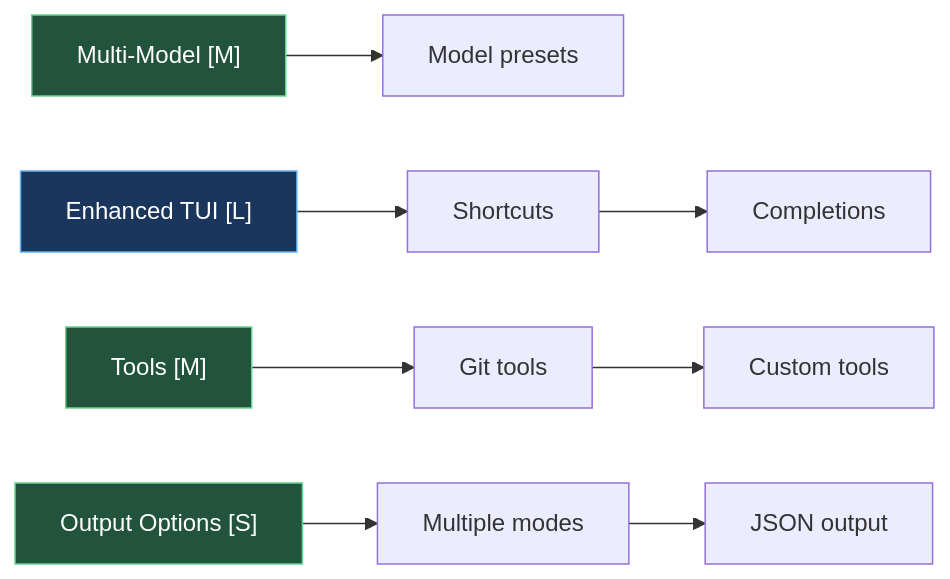
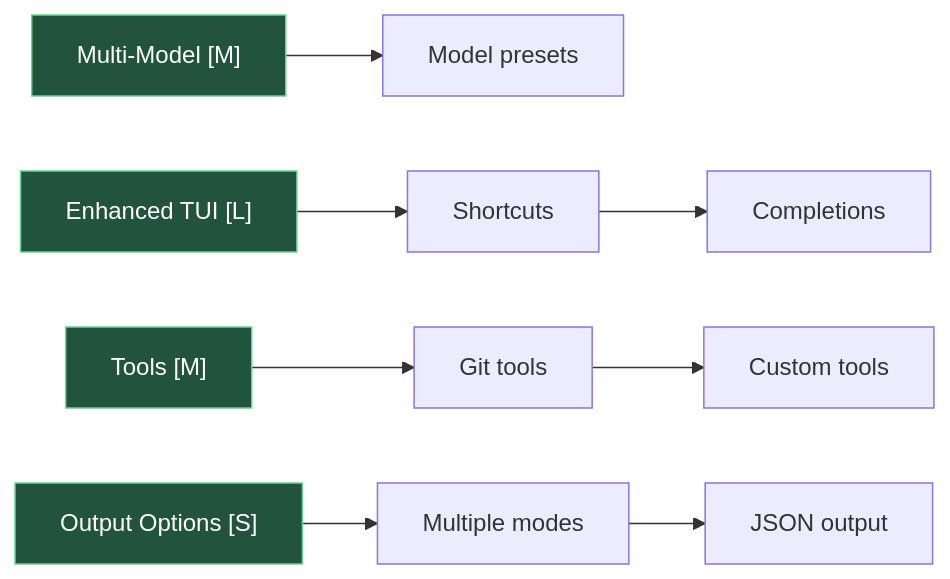
One commit to Miguel-EpicJS/ash-cli changed the fourth of 8 diagrams in ROADMAP.md. Above: the diagram before and after it, drawn with Mermaid. The commit also changed other lines of this file, not shown here.

Commit message:
docs: finalize roadmap for v1.0.0-rc1

````diff
--- a/ROADMAP.md
+++ b/ROADMAP.md
@@ -158,18 +158,18 @@
 ```mermaid
 flowchart LR
     A0["Multi-Model [M]"] --> A1[Model presets]
     
     B0["Enhanced TUI [L]"] --> B1[Shortcuts]
     B1 --> B2[Completions]
     
     C0["Tools [M]"] --> C1[Git tools]
     C1 --> C2[Custom tools]
     
     D0["Output Options [S]"] --> D1[Multiple modes]
     D1 --> D2[JSON output]
     
     style A0 fill:#22543d,stroke:#68d391,color:#fff
-    style B0 fill:#1a365d,stroke:#63b3ed,color:#fff
+    style B0 fill:#22543d,stroke:#68d391,color:#fff
     style C0 fill:#22543d,stroke:#68d391,color:#fff
     style D0 fill:#22543d,stroke:#68d391,color:#fff
 ```
````
